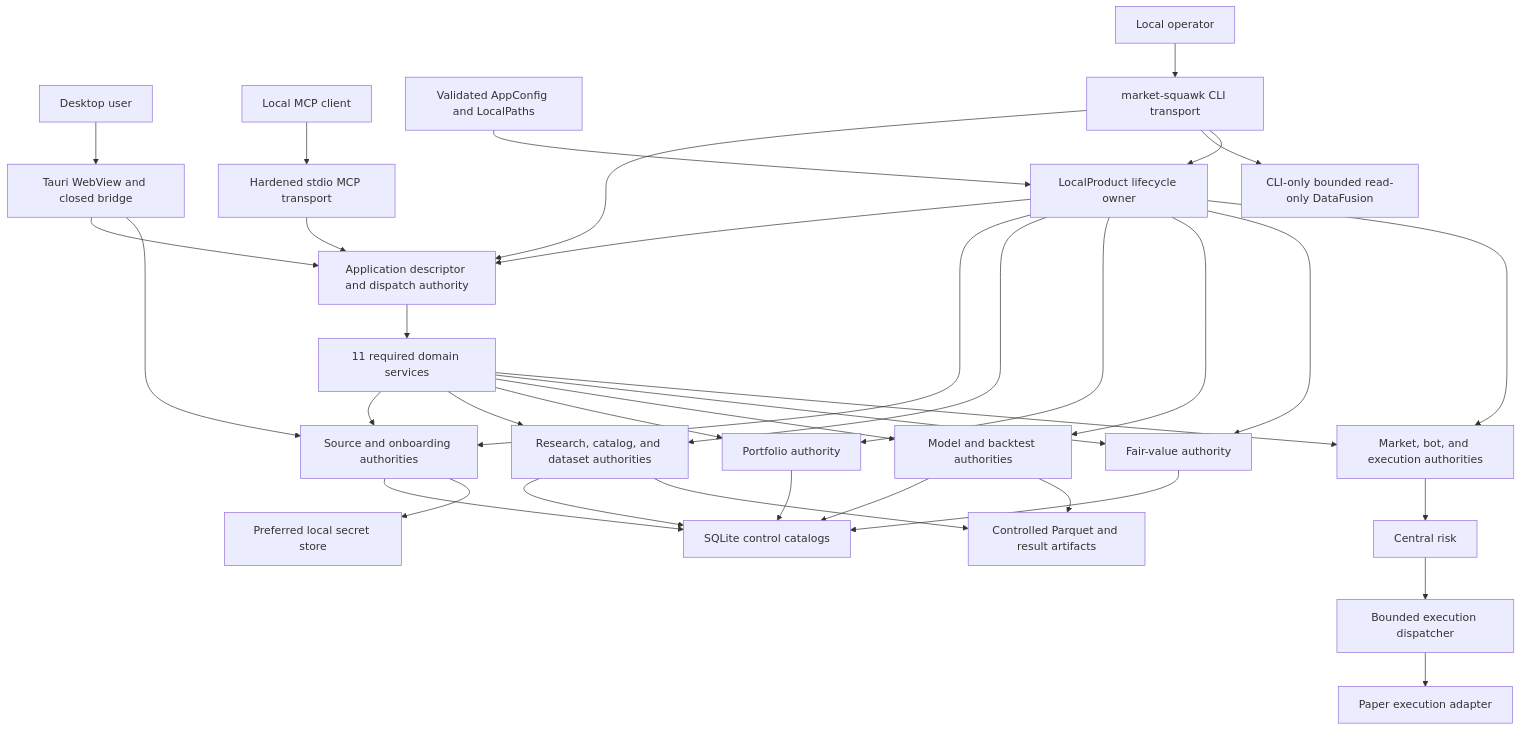
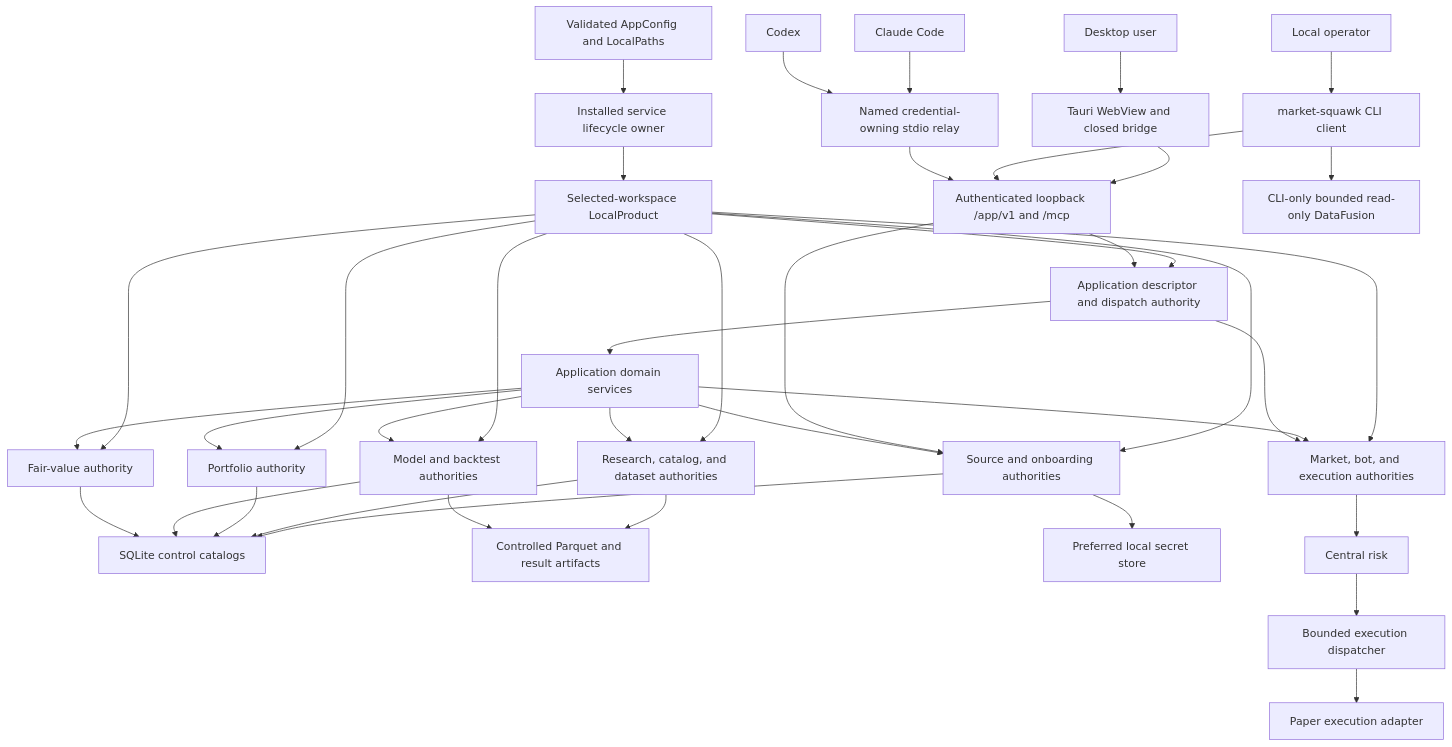
One commit to Sawmonabo/market-squawk changed the first of 3 diagrams in docs/architecture/control-plane.md. Above: the diagram before and after it, drawn with Mermaid. The commit also changed other lines of this file and 22 other files, not shown here.

Commit message:
docs(product): publish installed product guides

````diff
--- a/docs/architecture/control-plane.md
+++ b/docs/architecture/control-plane.md
@@ -58,62 +59,68 @@
 ```mermaid
 flowchart TD
     Operator["Local operator"]
     DesktopUser["Desktop user"]
-    Client["Local MCP client"]
+    Claude["Claude Code"]
+    Codex["Codex"]
     Config["Validated AppConfig and LocalPaths"]
-    Product["LocalProduct lifecycle owner"]
-    CLI["market-squawk CLI transport"]
+    Service["Installed service lifecycle owner"]
+    Product["Selected-workspace LocalProduct"]
+    CLI["market-squawk CLI client"]
     Desktop["Tauri WebView and closed bridge"]
-    MCP["Hardened stdio MCP transport"]
+    Relay["Named credential-owning stdio relay"]
+    Runtime["Authenticated loopback /app/v1 and /mcp"]
     App["Application descriptor and dispatch authority"]
-    Domains["11 required domain services"]
+    Domains["Application domain services"]
     Source["Source and onboarding authorities"]
     Research["Research, catalog, and dataset authorities"]
     Portfolio["Portfolio authority"]
     Model["Model and backtest authorities"]
     FairValue["Fair-value authority"]
     Paper["Market, bot, and execution authorities"]
     SQLite["SQLite control catalogs"]
     Artifacts["Controlled Parquet and result artifacts"]
     Secrets["Preferred local secret store"]
     Risk["Central risk"]
     Dispatch["Bounded execution dispatcher"]
     Adapter["Paper execution adapter"]
     SQL["CLI-only bounded read-only DataFusion"]
 
-    Config --> Product
+    Config --> Service
+    Service --> Product
     Product --> App
     Product --> Source
     Product --> Research
     Product --> Portfolio
     Product --> Model
     Product --> FairValue
     Product --> Paper
     Operator --> CLI
     DesktopUser --> Desktop
-    Client --> MCP
-    Desktop --> App
-    Desktop --> Source
-    CLI --> App
-    MCP --> App
+    Claude --> Relay
+    Codex --> Relay
+    Desktop --> Runtime
+    CLI --> Runtime
+    Relay --> Runtime
+    Runtime --> App
+    Runtime --> Source
     CLI --> SQL
-    CLI --> Product
     App --> Domains
     Domains --> Source
     Domains --> Research
     Domains --> Portfolio
     Domains --> Model
     Domains --> FairValue
     Domains --> Paper
     Source --> SQLite
     Source --> Secrets
     Research --> SQLite
     Research --> Artifacts
     Portfolio --> SQLite
     Model --> SQLite
     Model --> Artifacts
     FairValue --> SQLite
+    App --> Paper
     Paper --> Risk
     Risk --> Dispatch
     Dispatch --> Adapter
 ```
````
